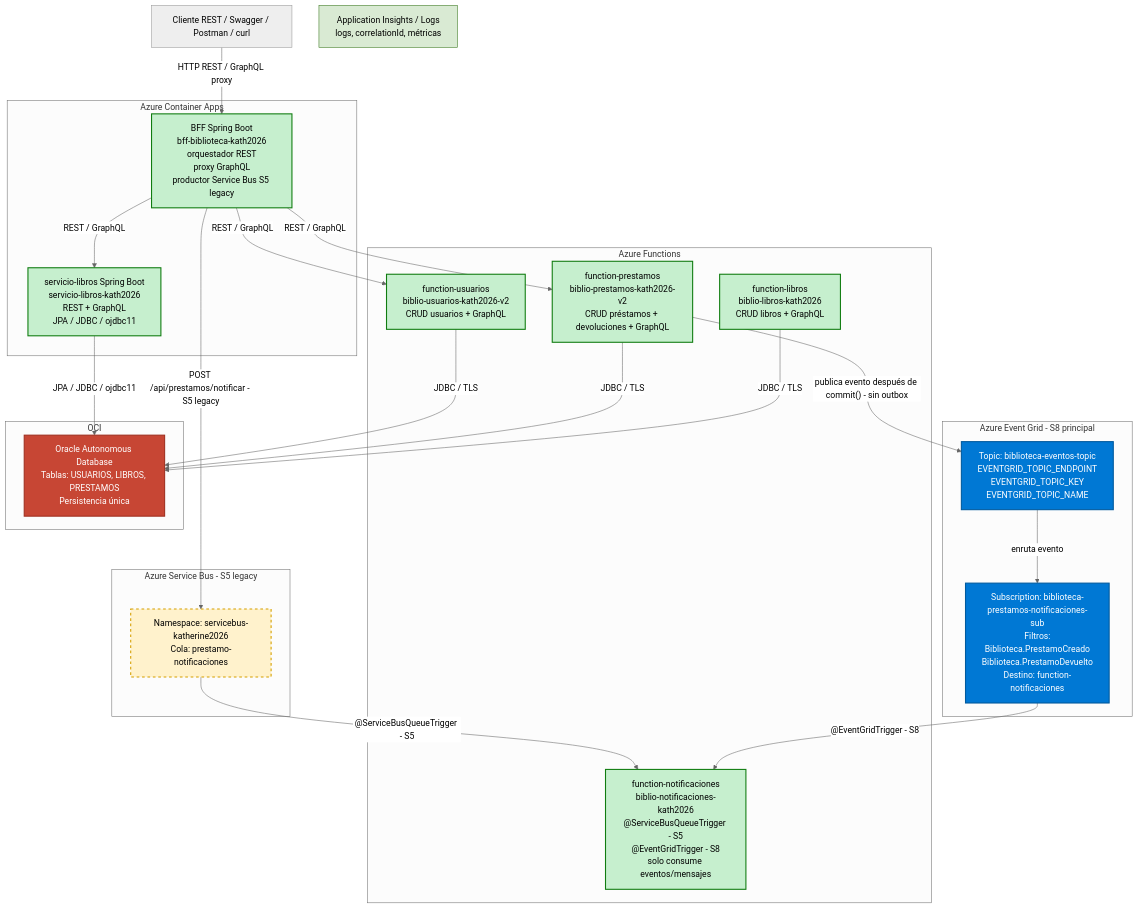
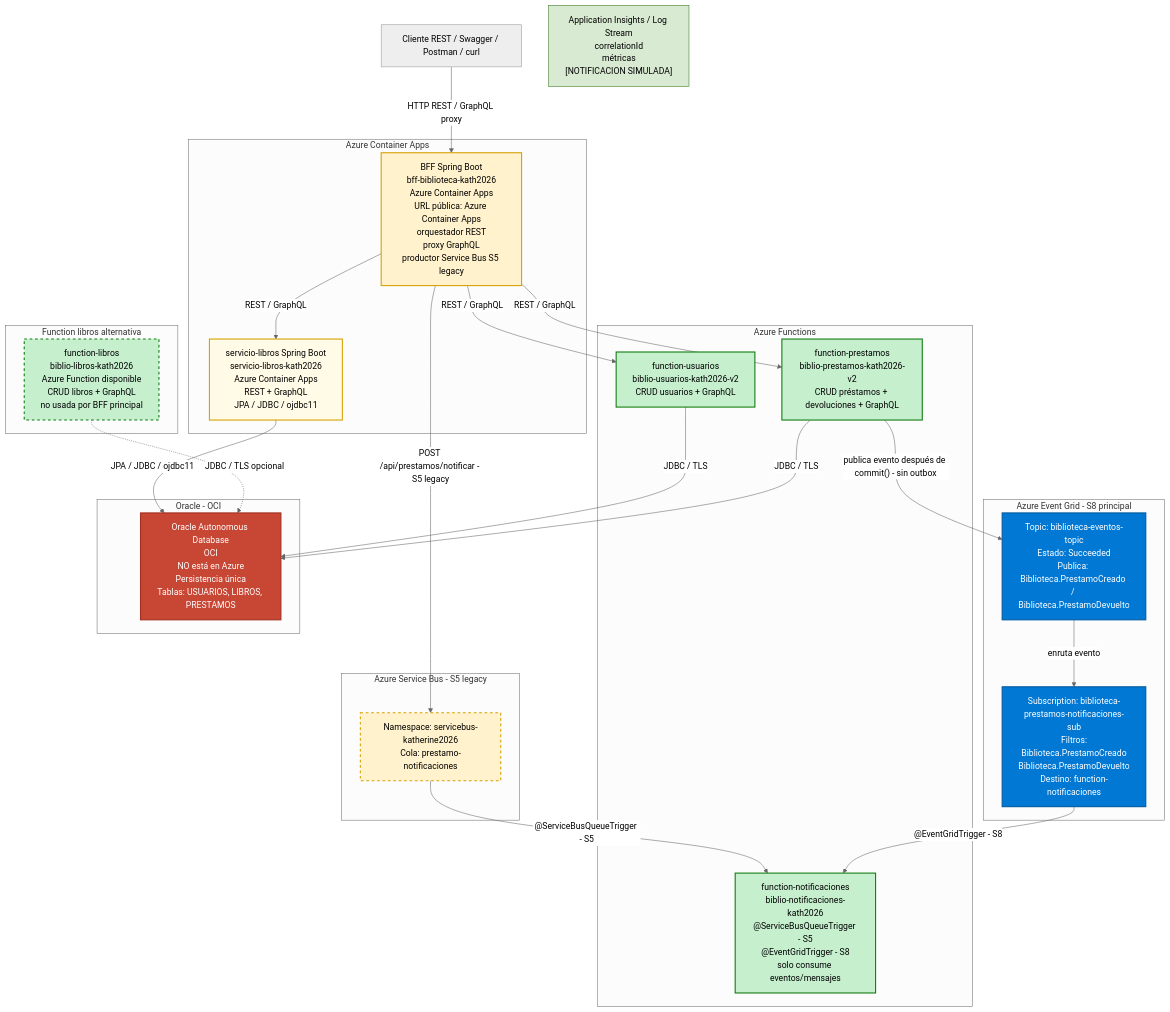
The diagram in docs/diagrama/diagrama-s8.mmd (Kath-Valenzula/biblioteca-faas-administradora), drawn with Mermaid (neutral theme) before and after one commit. The commit also changed 1 other file, not shown here.

Commit message:
docs: ajustar flechas del diagrama S8

```diff
--- a/docs/diagrama/diagrama-s8.mmd
+++ b/docs/diagrama/diagrama-s8.mmd
@@ -1,49 +1,53 @@
 ---
 config:
   layout: fixed
 ---
 flowchart TB
- subgraph AzureContainerApps["Azure Container Apps"]
-        BFF["BFF Spring Boot<br>bff-biblioteca-kath2026<br>orquestador REST<br>proxy GraphQL<br>productor Service Bus S5 legacy"]
-        ServicioLibros["servicio-libros Spring Boot<br>servicio-libros-kath2026<br>REST + GraphQL<br>JPA / JDBC / ojdbc11"]
+ subgraph AzureApps["Azure Container Apps"]
+        BFF["BFF Spring Boot<br>bff-biblioteca-kath2026<br>Azure Container Apps<br>URL pública: Azure Container Apps<br>orquestador REST<br>proxy GraphQL<br>productor Service Bus S5 legacy"]
+        ServicioLibros["servicio-libros Spring Boot<br>servicio-libros-kath2026<br>Azure Container Apps<br>REST + GraphQL<br>JPA / JDBC / ojdbc11"]
   end
  subgraph AzureFunctions["Azure Functions"]
         Usuarios["function-usuarios<br>biblio-usuarios-kath2026-v2<br>CRUD usuarios + GraphQL"]
         Prestamos["function-prestamos<br>biblio-prestamos-kath2026-v2<br>CRUD préstamos + devoluciones + GraphQL"]
-        FunctionLibros["function-libros<br>biblio-libros-kath2026<br>CRUD libros + GraphQL"]
         Notificaciones["function-notificaciones<br>biblio-notificaciones-kath2026<br>@ServiceBusQueueTrigger - S5<br>@EventGridTrigger - S8<br>solo consume eventos/mensajes"]
   end
  subgraph EventGrid["Azure Event Grid - S8 principal"]
-        EventGridTopic["Topic: biblioteca-eventos-topic<br>EVENTGRID_TOPIC_ENDPOINT<br>EVENTGRID_TOPIC_KEY<br>EVENTGRID_TOPIC_NAME"]
+        EventGridTopic["Topic: biblioteca-eventos-topic<br>Estado: Succeeded<br>Publica: Biblioteca.PrestamoCreado / Biblioteca.PrestamoDevuelto"]
         EventGridSub["Subscription: biblioteca-prestamos-notificaciones-sub<br>Filtros:<br>Biblioteca.PrestamoCreado<br>Biblioteca.PrestamoDevuelto<br>Destino: function-notificaciones"]
   end
  subgraph ServiceBusBox["Azure Service Bus - S5 legacy"]
         ServiceBus["Namespace: servicebus-katherine2026<br>Cola: prestamo-notificaciones"]
   end
- subgraph OCI["OCI"]
-        Oracle["Oracle Autonomous Database<br>Tablas: USUARIOS, LIBROS, PRESTAMOS<br>Persistencia única"]
+ subgraph OCI["Oracle - OCI"]
+        Oracle["Oracle Autonomous Database<br>OCI<br>NO está en Azure<br>Persistencia única<br>Tablas: USUARIOS, LIBROS, PRESTAMOS"]
+  end
+ subgraph LibrosAlt["Function libros alternativa"]
+        FunctionLibros["function-libros<br>biblio-libros-kath2026<br>Azure Function disponible<br>CRUD libros + GraphQL<br>no usada por BFF principal"]
   end
     Cliente["Cliente REST / Swagger / Postman / curl"] -- HTTP REST / GraphQL proxy --> BFF
-    BFF -- REST / GraphQL --> Usuarios & Prestamos & ServicioLibros
+    BFF -- REST / GraphQL --> Usuarios
+    BFF -- REST / GraphQL --> Prestamos
+    BFF -- REST / GraphQL --> ServicioLibros
     BFF -- "POST /api/prestamos/notificar - S5 legacy" --> ServiceBus
     ServiceBus -- "@ServiceBusQueueTrigger - S5" --> Notificaciones
     Prestamos -- "publica evento después de commit() - sin outbox" --> EventGridTopic
     EventGridTopic -- enruta evento --> EventGridSub
     EventGridSub -- "@EventGridTrigger - S8" --> Notificaciones
     Usuarios -- JDBC / TLS --> Oracle
     Prestamos -- JDBC / TLS --> Oracle
     ServicioLibros -- JPA / JDBC / ojdbc11 --> Oracle
-    FunctionLibros -- JDBC / TLS --> Oracle
-    Observabilidad["Application Insights / Logs<br>logs, correlationId, métricas"]
+    FunctionLibros -. JDBC / TLS opcional .-> Oracle
+    Observabilidad["Application Insights / Log Stream<br>correlationId<br>métricas<br>[NOTIFICACION SIMULADA]"]
 
-    style BFF fill:#c6efce,stroke:#107c10,stroke-width:2px
-    style ServicioLibros fill:#c6efce,stroke:#107c10,stroke-width:2px
+    style BFF fill:#fff2cc,stroke:#d6a000,stroke-width:2px
+    style ServicioLibros fill:#fffbe6,stroke:#d6a000,stroke-width:2px
     style Usuarios fill:#c6efce,stroke:#107c10,stroke-width:2px
     style Prestamos fill:#c6efce,stroke:#107c10,stroke-width:2px
-    style FunctionLibros fill:#c6efce,stroke:#107c10,stroke-width:2px
     style Notificaciones fill:#c6efce,stroke:#107c10,stroke-width:2px
     style EventGridTopic fill:#0078d4,color:#fff,stroke:#005a9e,stroke-width:2px
     style EventGridSub fill:#0078d4,color:#fff,stroke:#005a9e,stroke-width:2px
     style ServiceBus fill:#fff2cc,stroke:#d6a000,stroke-width:2px,stroke-dasharray:5 5
     style Oracle fill:#c74634,color:#fff,stroke:#a03020,stroke-width:2px
+    style FunctionLibros fill:#c6efce,stroke:#107c10,stroke-width:2px,stroke-dasharray:5 5
     style Observabilidad fill:#d9ead3,stroke:#38761d
```
